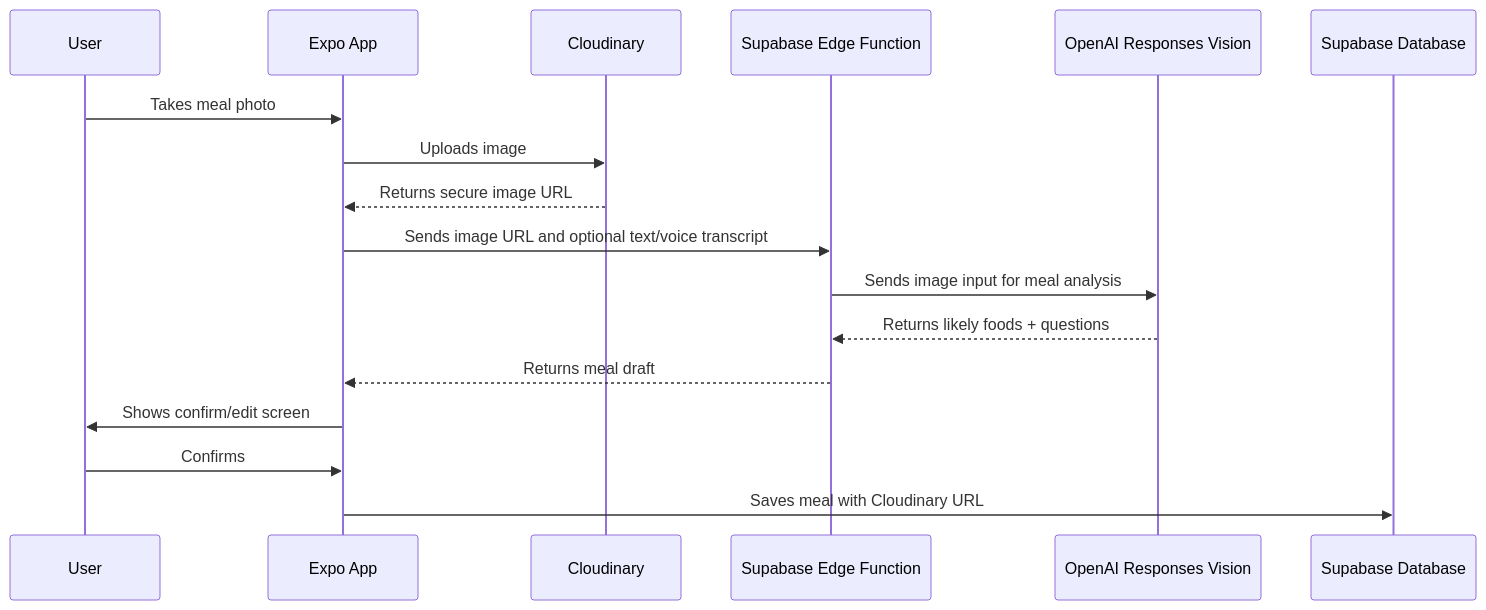
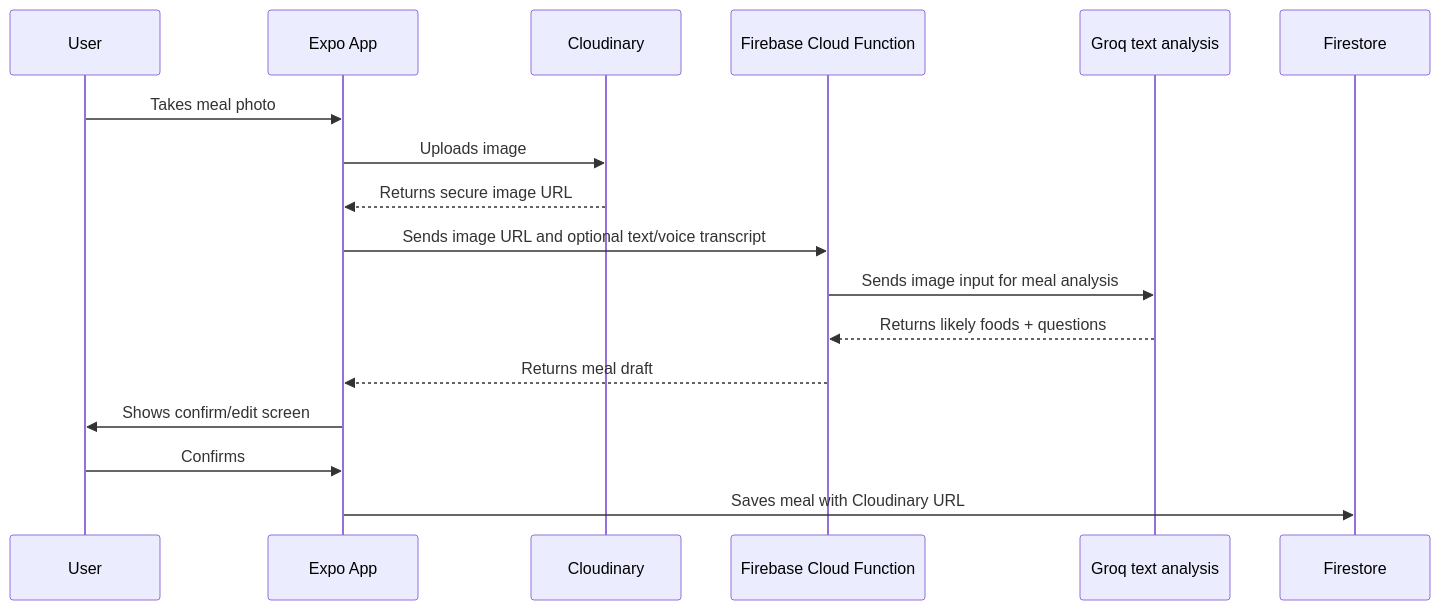
Before and after one commit to Arnold1AB/chopperhub: the second of 3 diagrams in docs/v2-technical-roadmap.md, drawn with Mermaid. The commit also changed other lines of this file and 57 other files, not shown here.

Commit message:
Migrate backend to Firebase and Netlify

````diff
--- a/docs/v2-technical-roadmap.md
+++ b/docs/v2-technical-roadmap.md
@@ -121,20 +121,20 @@
 ```mermaid
 sequenceDiagram
     participant User
     participant App as Expo App
     participant Cloudinary
-    participant Backend as Supabase Edge Function
-    participant OpenAI as OpenAI Responses Vision
-    participant DB as Supabase Database
+    participant Backend as Firebase Cloud Function
+    participant Groq as Groq text analysis
+    participant DB as Firestore
 
     User->>App: Takes meal photo
     App->>Cloudinary: Uploads image
     Cloudinary-->>App: Returns secure image URL
     App->>Backend: Sends image URL and optional text/voice transcript
-    Backend->>OpenAI: Sends image input for meal analysis
-    OpenAI-->>Backend: Returns likely foods + questions
+    Backend->>Groq: Sends image input for meal analysis
+    Groq-->>Backend: Returns likely foods + questions
     Backend-->>App: Returns meal draft
     App->>User: Shows confirm/edit screen
     User->>App: Confirms
     App->>DB: Saves meal with Cloudinary URL
 ```
````
